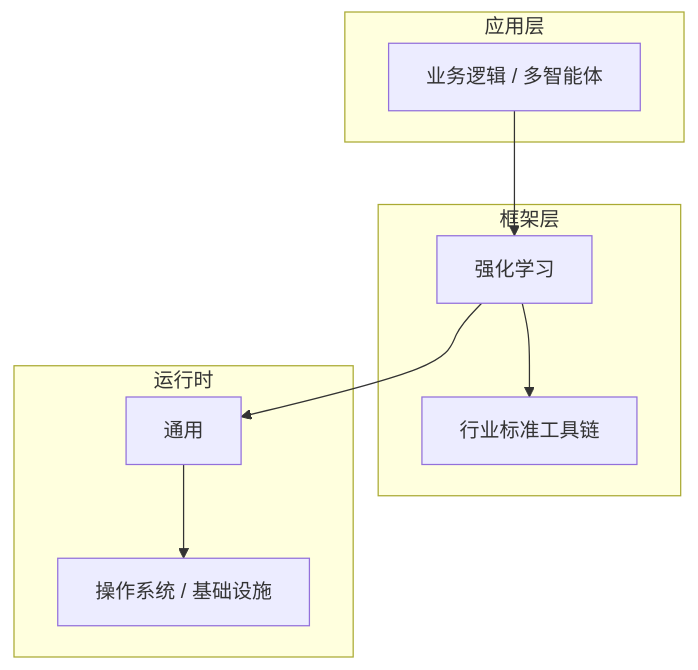
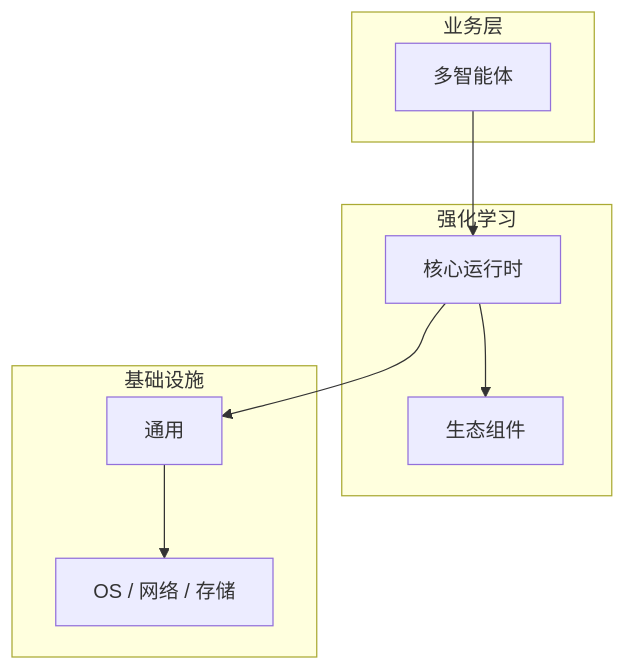
The diagram in articles/强化学习/chapters/053-多智能体核心概念与原理.md (yanggan2015/knowledge-json-v2), drawn with Mermaid before and after one commit. The commit also changed other lines of this file and 10127 other files, not shown here.

````diff
--- a/articles/强化学习/chapters/053-多智能体核心概念与原理.md
+++ b/articles/强化学习/chapters/053-多智能体核心概念与原理.md
@@ -45,18 +30,18 @@
 ```mermaid
 graph TB
-    subgraph 应用层
-        A[业务逻辑 / 多智能体]
+    subgraph 业务层
+        A[多智能体]
     end
-    subgraph 框架层
-        B[强化学习]
-        C[行业标准工具链]
+    subgraph 强化学习
+        B[核心运行时]
+        C[生态组件]
     end
-    subgraph 运行时
+    subgraph 基础设施
         D[通用]
-        E[操作系统 / 基础设施]
+        E[OS / 网络 / 存储]
     end
     A --> B
     B --> C
     B --> D
     D --> E
 ```
````
